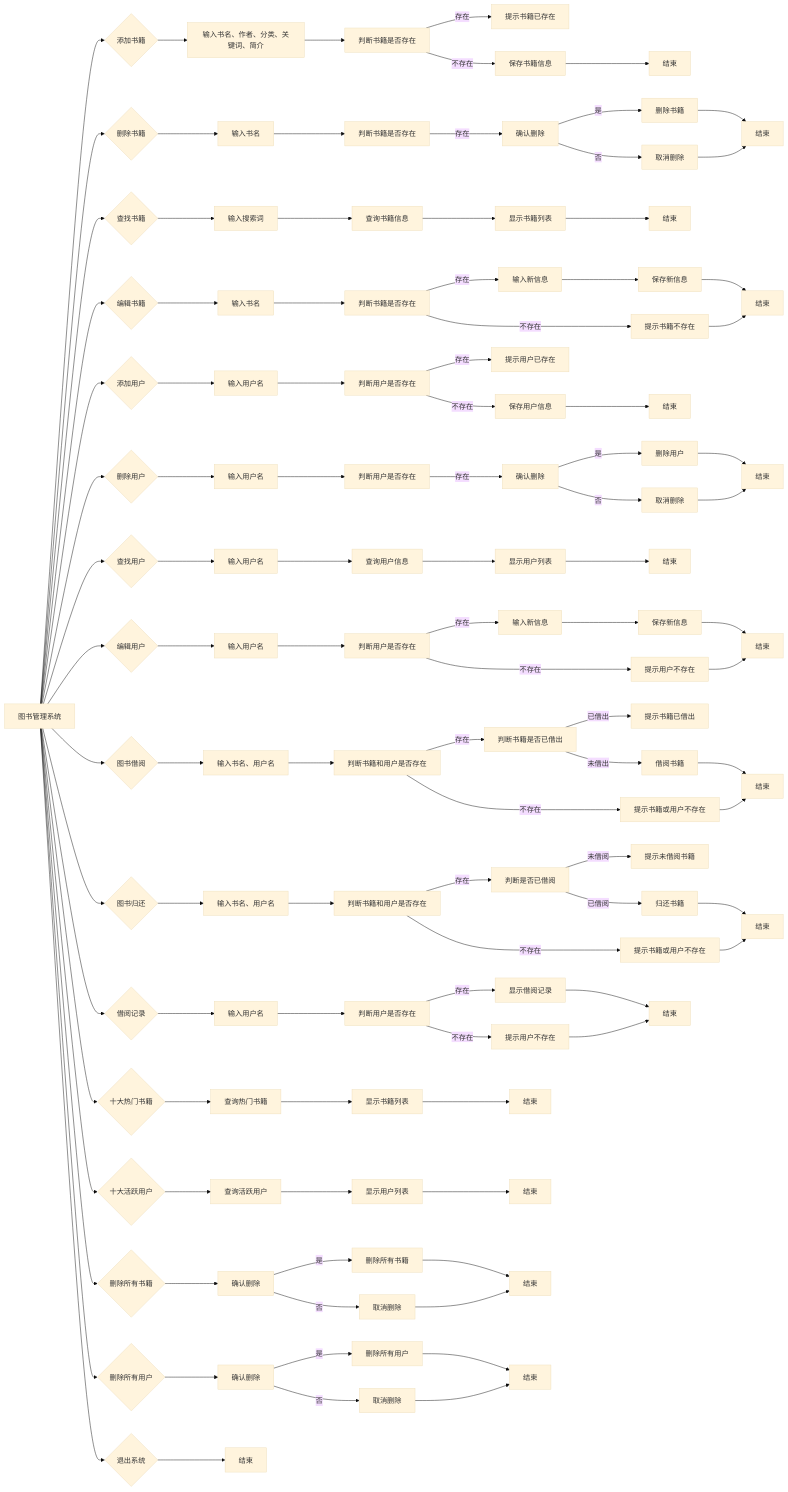
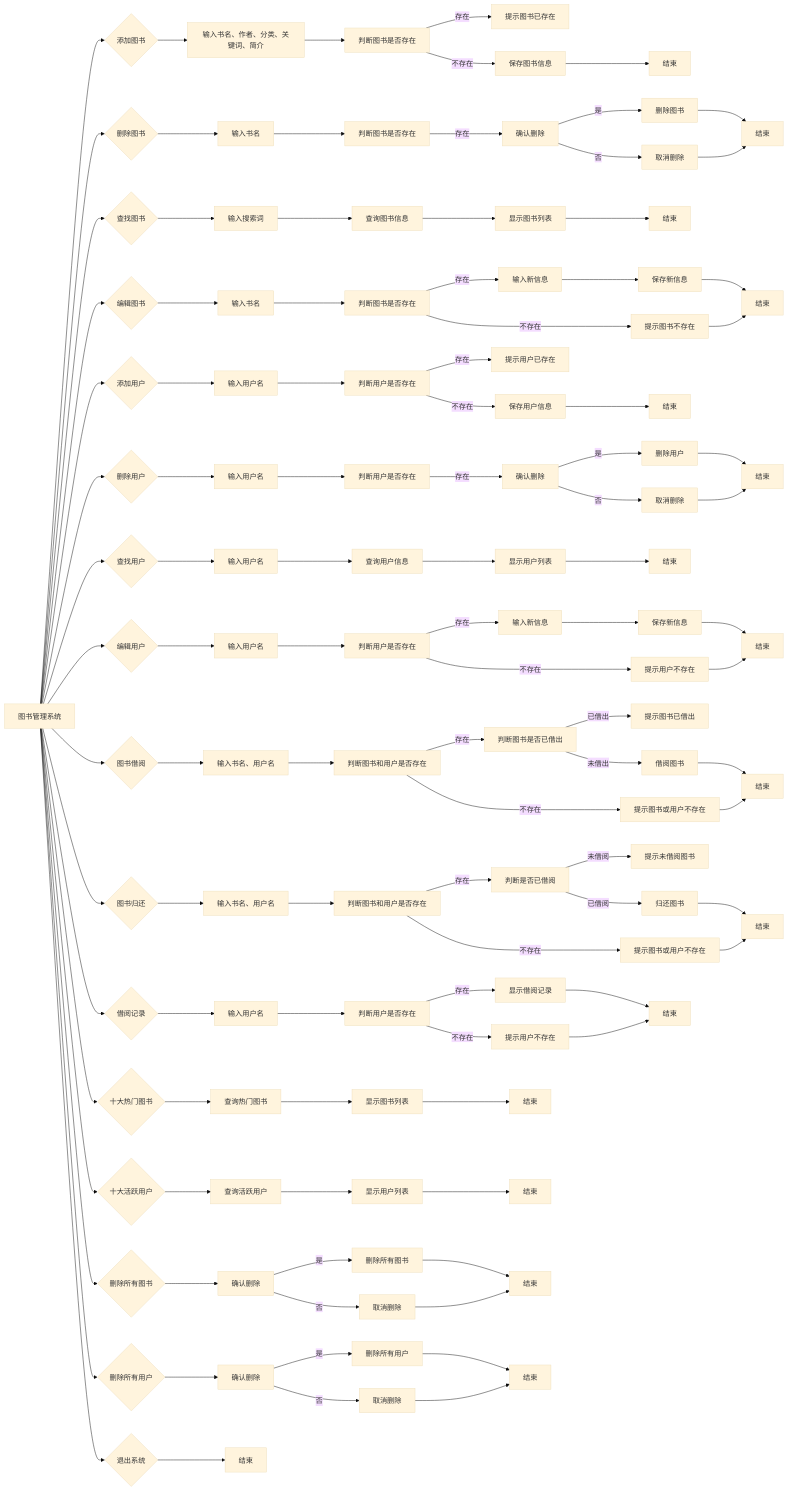
Before and after one commit to Horizonll/Library: the third of 4 diagrams in 说明书.md, drawn with Mermaid (base theme). The commit also changed other lines of this file and 13 other files, not shown here.

````diff
--- a/说明书.md
+++ b/说明书.md
@@ -314,34 +342,34 @@
 ```mermaid
 graph LR
-    A[图书管理系统] --> B{添加书籍}
+    A[图书管理系统] --> B{添加图书}
     B --> C[输入书名、作者、分类、关键词、简介]
-    C --> D[判断书籍是否存在]
-    D -- 存在 --> E[提示书籍已存在]
-    D -- 不存在 --> F[保存书籍信息]
+    C --> D[判断图书是否存在]
+    D -- 存在 --> E[提示图书已存在]
+    D -- 不存在 --> F[保存图书信息]
     F --> G[结束]
 
-    A --> H{删除书籍}
+    A --> H{删除图书}
     H --> I[输入书名]
-    I --> J[判断书籍是否存在]
+    I --> J[判断图书是否存在]
     J -- 存在 --> K[确认删除]
-    K -- 是 --> L[删除书籍]
+    K -- 是 --> L[删除图书]
     L --> M[结束]
     K -- 否 --> N[取消删除]
     N --> M
 
-    A --> O{查找书籍}
+    A --> O{查找图书}
     O --> P[输入搜索词]
-    P --> Q[查询书籍信息]
-    Q --> R[显示书籍列表]
+    P --> Q[查询图书信息]
+    Q --> R[显示图书列表]
     R --> S[结束]
 
-    A --> T{编辑书籍}
+    A --> T{编辑图书}
     T --> U[输入书名]
-    U --> V[判断书籍是否存在]
+    U --> V[判断图书是否存在]
     V -- 存在 --> W[输入新信息]
     W --> X[保存新信息]
     X --> Y[结束]
-    V -- 不存在 --> Z[提示书籍不存在]
+    V -- 不存在 --> Z[提示图书不存在]
     Z --> Y
 
     A --> AA{添加用户}
@@ -377,22 +405,22 @@
 
     A --> AZ{图书借阅}
     AZ --> BA[输入书名、用户名]
-    BA --> BB[判断书籍和用户是否存在]
-    BB -- 存在 --> BC[判断书籍是否已借出]
-    BC -- 已借出 --> BD[提示书籍已借出]
-    BC -- 未借出 --> BE[借阅书籍]
+    BA --> BB[判断图书和用户是否存在]
+    BB -- 存在 --> BC[判断图书是否已借出]
+    BC -- 已借出 --> BD[提示图书已借出]
+    BC -- 未借出 --> BE[借阅图书]
     BE --> BF[结束]
-    BB -- 不存在 --> BG[提示书籍或用户不存在]
+    BB -- 不存在 --> BG[提示图书或用户不存在]
     BG --> BF
 
     A --> BH{图书归还}
     BH --> BI[输入书名、用户名]
-    BI --> BJ[判断书籍和用户是否存在]
+    BI --> BJ[判断图书和用户是否存在]
     BJ -- 存在 --> BK[判断是否已借阅]
-    BK -- 未借阅 --> BL[提示未借阅书籍]
-    BK -- 已借阅 --> BM[归还书籍]
+    BK -- 未借阅 --> BL[提示未借阅图书]
+    BK -- 已借阅 --> BM[归还图书]
     BM --> BN[结束]
-    BJ -- 不存在 --> BO[提示书籍或用户不存在]
+    BJ -- 不存在 --> BO[提示图书或用户不存在]
     BO --> BN
 
     A --> BP{借阅记录}
@@ -403,9 +431,9 @@
     BR -- 不存在 --> BU[提示用户不存在]
     BU --> BT
 
-    A --> BV{十大热门书籍}
-    BV --> BW[查询热门书籍]
-    BW --> BX[显示书籍列表]
+    A --> BV{十大热门图书}
+    BV --> BW[查询热门图书]
+    BW --> BX[显示图书列表]
     BX --> BY[结束]
 
     A --> BZ{十大活跃用户}
@@ -413,9 +441,9 @@
     CA --> CB[显示用户列表]
     CB --> CC[结束]
 
-    A --> CD{删除所有书籍}
+    A --> CD{删除所有图书}
     CD --> CE[确认删除]
-    CE -- 是 --> CF[删除所有书籍]
+    CE -- 是 --> CF[删除所有图书]
     CF --> CG[结束]
     CE -- 否 --> CH[取消删除]
     CH --> CG
````
